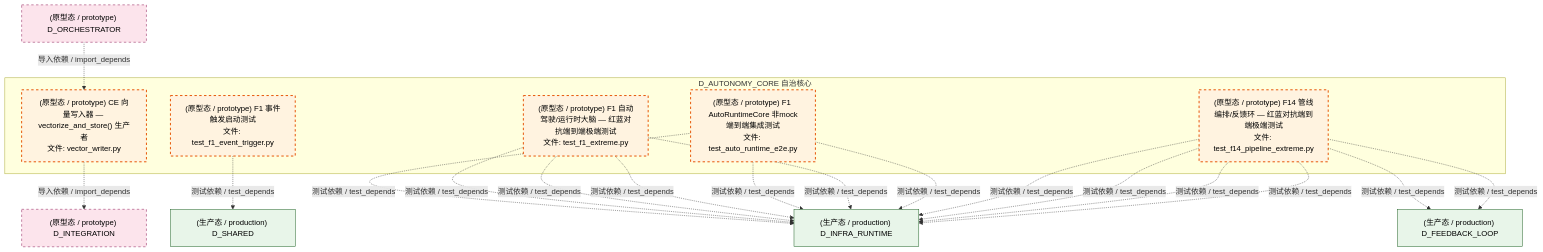
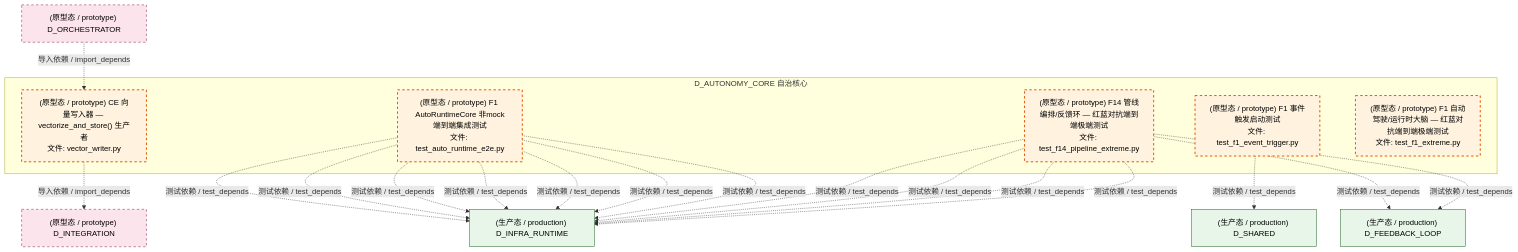
One commit to xuanFelixVan/ZephyrAlpha changed the seventh of 8 diagrams in docs/02_enterprise_architecture/02_domain_architecture_docs/07_d_autonomy_core.md. Above: the diagram before and after it, drawn with Mermaid. The commit also changed other lines of this file and 86 other files, not shown here.

````diff
--- a/docs/02_enterprise_architecture/02_domain_architecture_docs/07_d_autonomy_core.md
+++ b/docs/02_enterprise_architecture/02_domain_architecture_docs/07_d_autonomy_core.md
@@ -744,38 +744,38 @@
 ```mermaid
 graph TD
     subgraph D_AUTONOMY_CORE["D_AUTONOMY_CORE 自治核心"]
         src_zephyr_integration_vector_memory_vector_writer_py["(原型态 / prototype) CE 向量写入器 — vectorize_and_store() 生产者<br/>文件: vector_writer.py"]
         tests_automation_test_auto_runtime_e2e_py["(原型态 / prototype) F1 AutoRuntimeCore 非mock端到端集成测试<br/>文件: test_auto_runtime_e2e.py"]
         tests_f_lifecycle_test_f1_event_trigger_py["(原型态 / prototype) F1 事件触发启动测试<br/>文件: test_f1_event_trigger.py"]
         tests_trading_extreme_test_f14_pipeline_extreme_py["(原型态 / prototype) F14 管线编排/反馈环 — 红蓝对抗端到端极端测试<br/>文件: test_f14_pipeline_extreme.py"]
         tests_trading_extreme_test_f1_extreme_py["(原型态 / prototype) F1 自动驾驶/运行时大脑 — 红蓝对抗端到端极端测试<br/>文件: test_f1_extreme.py"]
     end
+    D_INTEGRATION["(原型态 / prototype) D_INTEGRATION"]
+    src_zephyr_integration_vector_memory_vector_writer_py -.->|导入依赖 / import_depends| D_INTEGRATION
     D_INFRA_RUNTIME["(生产态 / production) D_INFRA_RUNTIME"]
-    tests_trading_extreme_test_f14_pipeline_extreme_py -.->|测试依赖 / test_depends| D_INFRA_RUNTIME
+    tests_automation_test_auto_runtime_e2e_py -.->|测试依赖 / test_depends| D_INFRA_RUNTIME
+    tests_automation_test_auto_runtime_e2e_py -.->|测试依赖 / test_depends| D_INFRA_RUNTIME
+    tests_automation_test_auto_runtime_e2e_py -.->|测试依赖 / test_depends| D_INFRA_RUNTIME
+    tests_automation_test_auto_runtime_e2e_py -.->|测试依赖 / test_depends| D_INFRA_RUNTIME
+    tests_automation_test_auto_runtime_e2e_py -.->|测试依赖 / test_depends| D_INFRA_RUNTIME
+    tests_automation_test_auto_runtime_e2e_py -.->|测试依赖 / test_depends| D_INFRA_RUNTIME
+    tests_automation_test_auto_runtime_e2e_py -.->|测试依赖 / test_depends| D_INFRA_RUNTIME
+    D_SHARED["(生产态 / production) D_SHARED"]
+    tests_f_lifecycle_test_f1_event_trigger_py -.->|测试依赖 / test_depends| D_SHARED
     D_FEEDBACK_LOOP["(生产态 / production) D_FEEDBACK_LOOP"]
+    tests_trading_extreme_test_f14_pipeline_extreme_py -.->|测试依赖 / test_depends| D_FEEDBACK_LOOP
     tests_trading_extreme_test_f14_pipeline_extreme_py -.->|测试依赖 / test_depends| D_FEEDBACK_LOOP
     tests_trading_extreme_test_f14_pipeline_extreme_py -.->|测试依赖 / test_depends| D_INFRA_RUNTIME
     tests_trading_extreme_test_f14_pipeline_extreme_py -.->|测试依赖 / test_depends| D_INFRA_RUNTIME
     tests_trading_extreme_test_f14_pipeline_extreme_py -.->|测试依赖 / test_depends| D_INFRA_RUNTIME
-    tests_automation_test_auto_runtime_e2e_py -.->|测试依赖 / test_depends| D_INFRA_RUNTIME
-    tests_trading_extreme_test_f1_extreme_py -.->|测试依赖 / test_depends| D_INFRA_RUNTIME
-    tests_trading_extreme_test_f14_pipeline_extreme_py -.->|测试依赖 / test_depends| D_FEEDBACK_LOOP
-    D_SHARED["(生产态 / production) D_SHARED"]
-    tests_f_lifecycle_test_f1_event_trigger_py -.->|测试依赖 / test_depends| D_SHARED
-    D_INTEGRATION["(原型态 / prototype) D_INTEGRATION"]
-    src_zephyr_integration_vector_memory_vector_writer_py -.->|导入依赖 / import_depends| D_INTEGRATION
-    tests_automation_test_auto_runtime_e2e_py -.->|测试依赖 / test_depends| D_INFRA_RUNTIME
-    tests_trading_extreme_test_f1_extreme_py -.->|测试依赖 / test_depends| D_INFRA_RUNTIME
-    tests_trading_extreme_test_f1_extreme_py -.->|测试依赖 / test_depends| D_INFRA_RUNTIME
-    tests_trading_extreme_test_f1_extreme_py -.->|测试依赖 / test_depends| D_INFRA_RUNTIME
-    tests_automation_test_auto_runtime_e2e_py -.->|测试依赖 / test_depends| D_INFRA_RUNTIME
+    tests_trading_extreme_test_f14_pipeline_extreme_py -.->|测试依赖 / test_depends| D_INFRA_RUNTIME
     D_ORCHESTRATOR["(原型态 / prototype) D_ORCHESTRATOR"]
     D_ORCHESTRATOR -.->|导入依赖 / import_depends| src_zephyr_integration_vector_memory_vector_writer_py
     classDef production fill:#e1f5fe,stroke:#01579b,stroke-width:2px,color:#000
     classDef design fill:#fff3e0,stroke:#e65100,stroke-width:2px,color:#000,stroke-dasharray: 5 5
     classDef external_prod fill:#e8f5e9,stroke:#1b5e20,stroke-width:1px,color:#000
     classDef external_design fill:#fce4ec,stroke:#880e4f,stroke-width:1px,color:#000,stroke-dasharray: 5 5
     class src_zephyr_integration_vector_memory_vector_writer_py,tests_automation_test_auto_runtime_e2e_py,tests_f_lifecycle_test_f1_event_trigger_py,tests_trading_extreme_test_f14_pipeline_extreme_py,tests_trading_extreme_test_f1_extreme_py design
-    class D_INFRA_RUNTIME,D_FEEDBACK_LOOP,D_SHARED external_prod
+    class D_INFRA_RUNTIME,D_SHARED,D_FEEDBACK_LOOP external_prod
     class D_INTEGRATION,D_ORCHESTRATOR external_design
 ```
````
